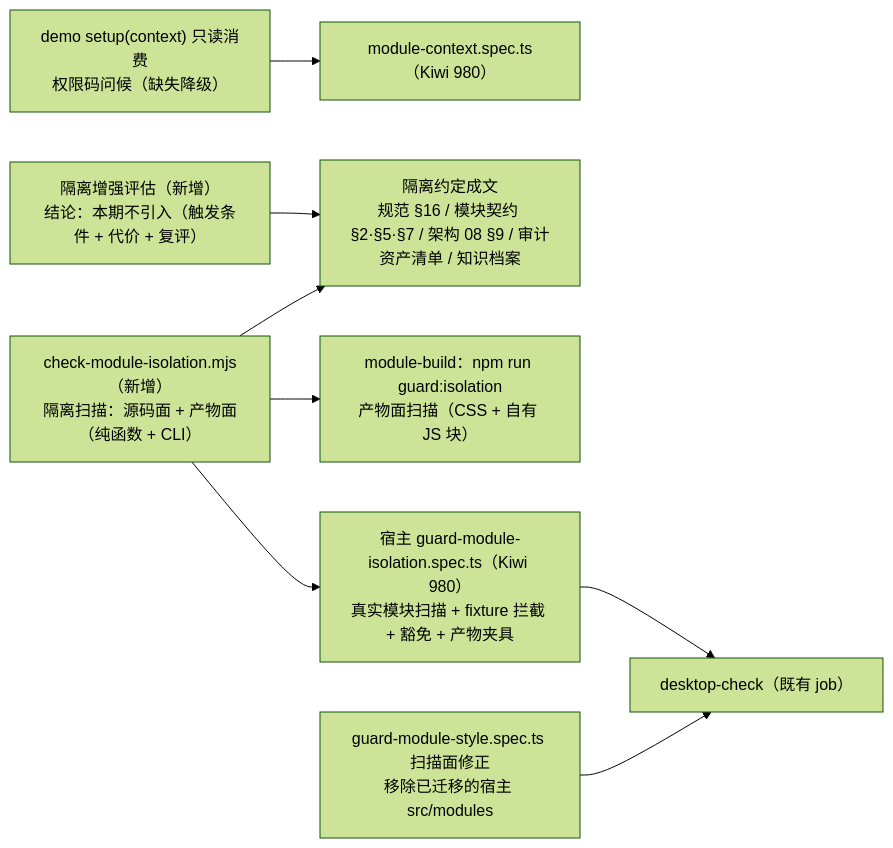
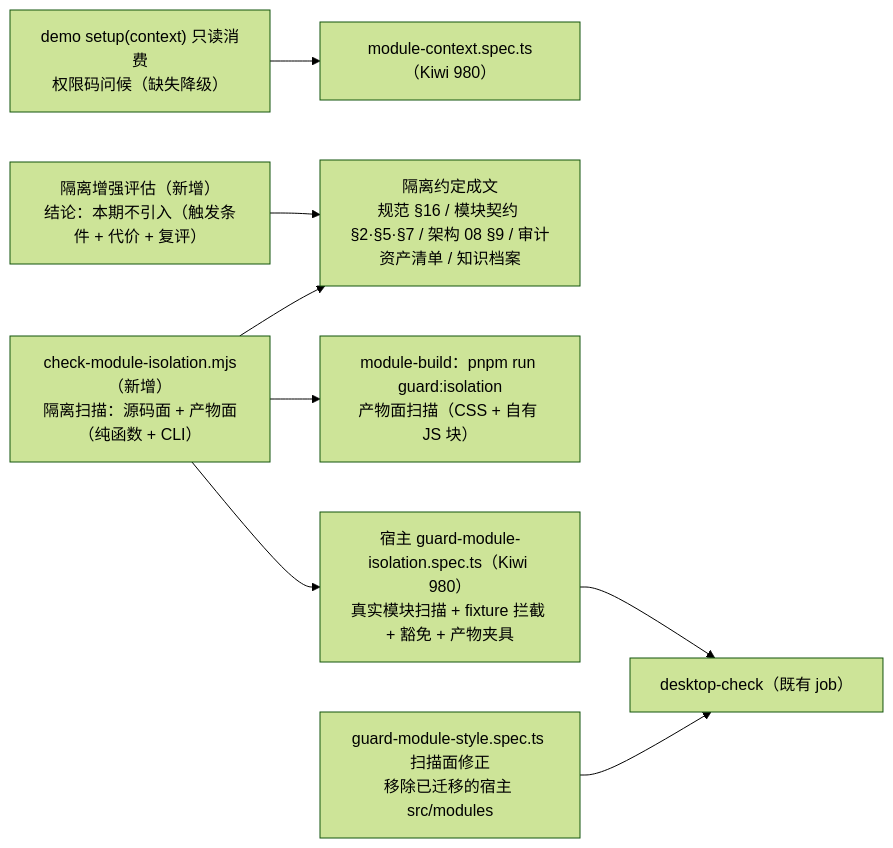
Before and after one commit to minjian123/basic-management-system: the diagram in bms文档/项目/05_前端插件化/任务/03_隔离与治理/03_隔离与治理_01_样式与运行时隔离/实施/01_实施_03_隔离与治理_01_样式与运行时隔离.md, drawn with Mermaid (forest theme). The commit also changed other lines of this file and 232 other files, not shown here.

Commit message:
chore(pnpm): 修复外置依赖 workspace 软链并统一 npm→pnpm 口径

````diff
--- a/bms文档/项目/05_前端插件化/任务/03_隔离与治理/03_隔离与治理_01_样式与运行时隔离/实施/01_实施_03_隔离与治理_01_样式与运行时隔离.md
+++ b/bms文档/项目/05_前端插件化/任务/03_隔离与治理/03_隔离与治理_01_样式与运行时隔离/实施/01_实施_03_隔离与治理_01_样式与运行时隔离.md
@@ -22,10 +22,10 @@
 ```mermaid
 flowchart LR
     A["check-module-isolation.mjs（新增）<br/>隔离扫描：源码面 + 产物面（纯函数 + CLI）"] --> B["宿主 guard-module-isolation.spec.ts（Kiwi 980）<br/>真实模块扫描 + fixture 拦截 + 豁免 + 产物夹具"]
-    A --> C["module-build：npm run guard:isolation<br/>产物面扫描（CSS + 自有 JS 块）"]
+    A --> C["module-build：pnpm run guard:isolation<br/>产物面扫描（CSS + 自有 JS 块）"]
     B --> D["desktop-check（既有 job）"]
     E["demo setup(context) 只读消费<br/>权限码问候（缺失降级）"] --> F["module-context.spec.ts（Kiwi 980）"]
     A --> G["隔离约定成文<br/>规范 §16 / 模块契约 §2·§5·§7 / 架构 08 §9 / 审计资产清单 / 知识档案"]
     H["隔离增强评估（新增）<br/>结论：本期不引入（触发条件 + 代价 + 复评）"] --> G
     I["guard-module-style.spec.ts 扫描面修正<br/>移除已迁移的宿主 src/modules"] --> D
 ```
````
